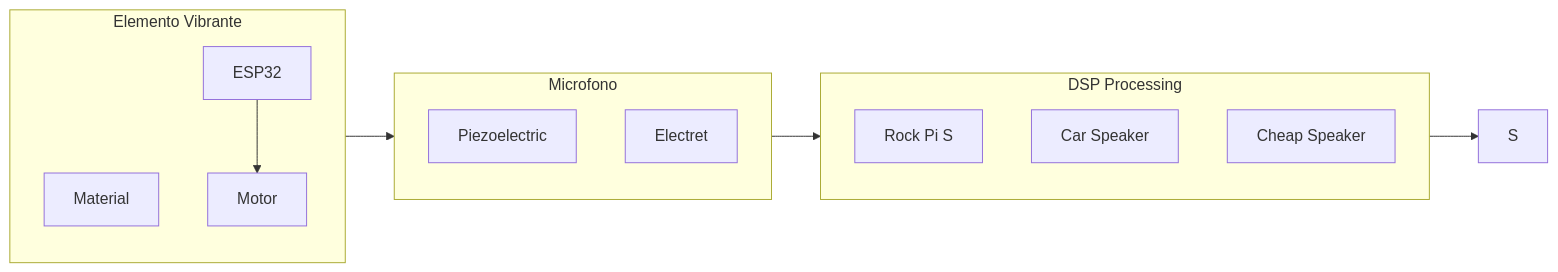
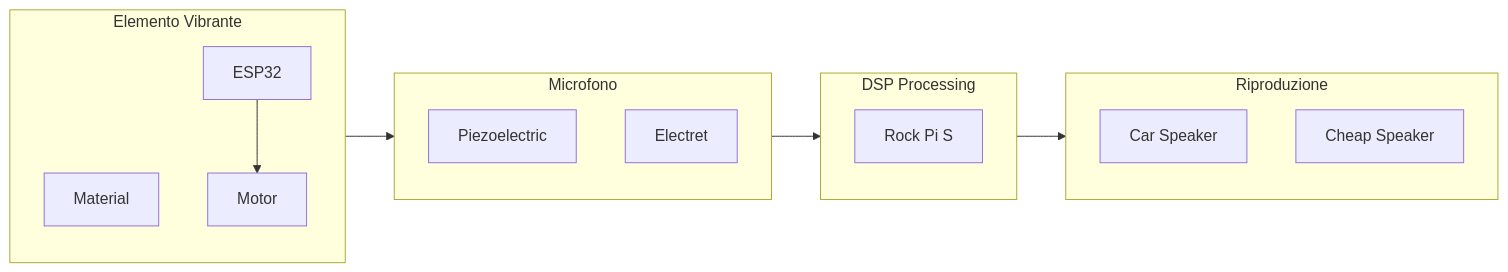
One commit to Hortus-Deliciarum/docz changed the diagram in README.md. Above: the diagram before and after it, drawn with Mermaid.

Commit message:
update info

````diff
--- a/README.md
+++ b/README.md
@@ -5,24 +5,24 @@
 ```mermaid
 flowchart LR
 
     subgraph E["Elemento Vibrante"]
         Material
         ESP32-->Motor
     end
 
     subgraph B["Microfono"]
         Piezoelectric
         Electret
     end
 
     subgraph D["DSP Processing"]
         R["Rock Pi S"]
     end
 
-    subgraph D["Riproduzione"]
+    subgraph S["Riproduzione"]
         CA["Car Speaker"]
         CH["Cheap Speaker"]
     end
 
     E --> B --> D --> S
 ```
````
